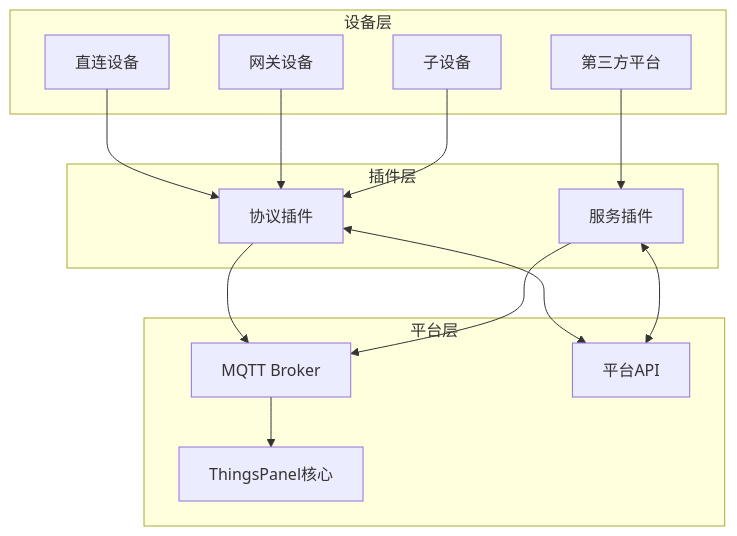
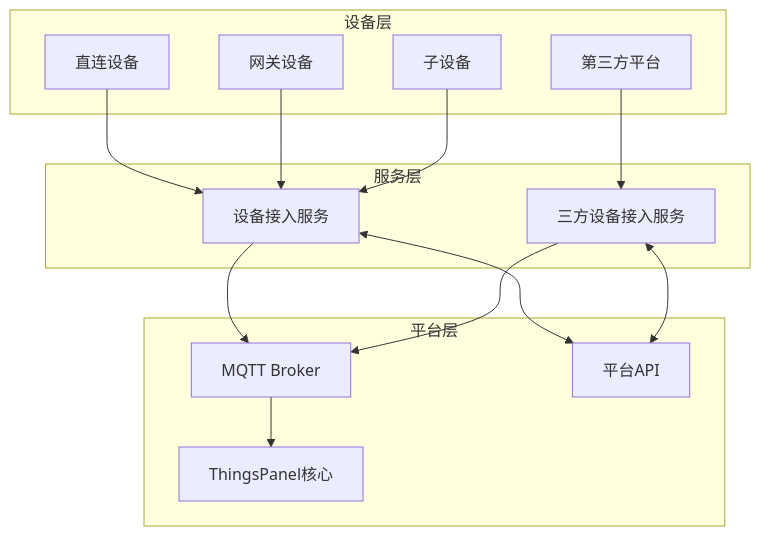
Before and after one commit to ThingsPanel/thingspanel.github.io: the first of 3 diagrams in docs/developer-guide/developing-plug-in/customProtocol.md, drawn with Mermaid. The commit also changed other lines of this file and 28 other files, not shown here.

````diff
--- a/docs/developer-guide/developing-plug-in/customProtocol.md
+++ b/docs/developer-guide/developing-plug-in/customProtocol.md
@@ -43,30 +43,30 @@
 ```mermaid
 graph TB
     subgraph "设备层"
         D1[直连设备]
         D2[网关设备]
         D3[子设备]
         TP[第三方平台]
     end
     
-    subgraph "插件层"
-        CP[协议插件]
-        SP[服务插件]
+    subgraph "服务层"
+        CP[设备接入服务]
+        SP[三方设备接入服务]
     end
     
     subgraph "平台层"
         MQTT[MQTT Broker]
         API[平台API]
         TP_CORE[ThingsPanel核心]
     end
     
     D1 --> CP
     D2 --> CP
     D3 --> CP
     TP --> SP
     CP --> MQTT
     SP --> MQTT
     MQTT --> TP_CORE
     CP <--> API
     SP <--> API
 ```
````
